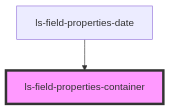
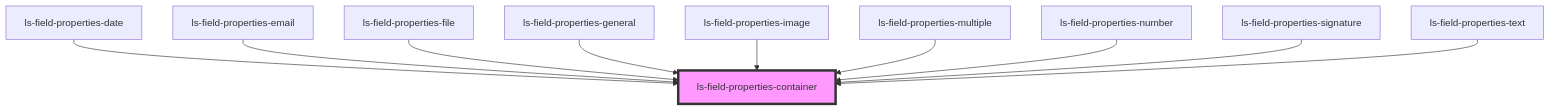
One commit to legalesign/ls-document-viewer changed the diagram in src/components/ls-field-properties-container/readme.md. Above: the diagram before and after it, drawn with Mermaid. The commit also changed other lines of this file and 16 other files, not shown here.

````diff
--- a/src/components/ls-field-properties-container/readme.md
+++ b/src/components/ls-field-properties-container/readme.md
@@ -24,5 +32,13 @@
 ```mermaid
 graph TD;
   ls-field-properties-date --> ls-field-properties-container
+  ls-field-properties-email --> ls-field-properties-container
+  ls-field-properties-file --> ls-field-properties-container
+  ls-field-properties-general --> ls-field-properties-container
+  ls-field-properties-image --> ls-field-properties-container
+  ls-field-properties-multiple --> ls-field-properties-container
+  ls-field-properties-number --> ls-field-properties-container
+  ls-field-properties-signature --> ls-field-properties-container
+  ls-field-properties-text --> ls-field-properties-container
   style ls-field-properties-container fill:#f9f,stroke:#333,stroke-width:4px
 ```
````
